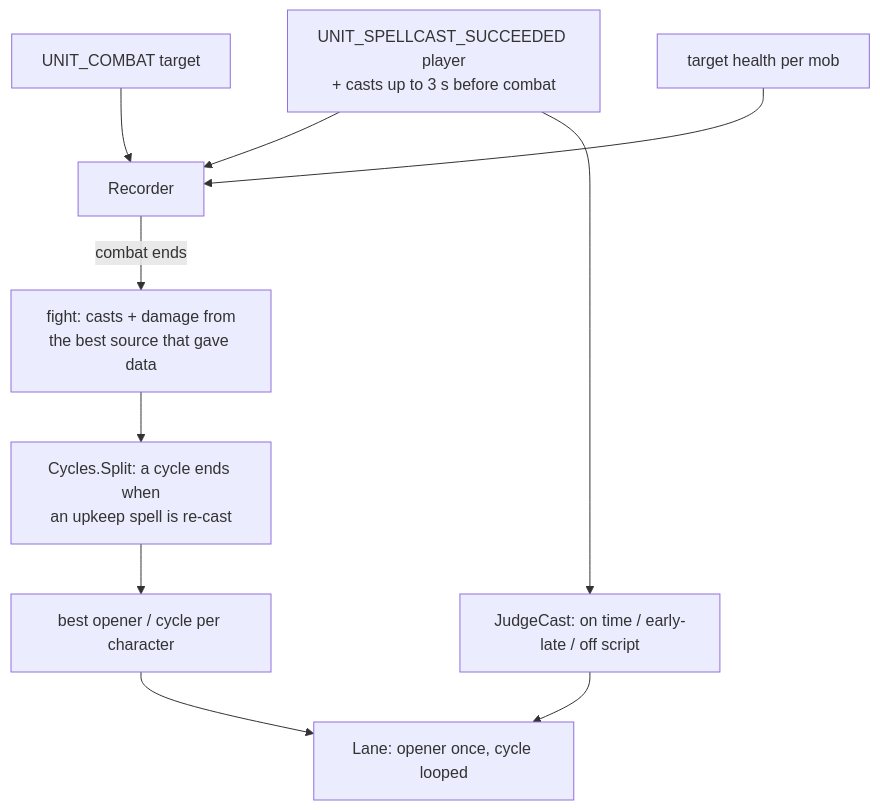
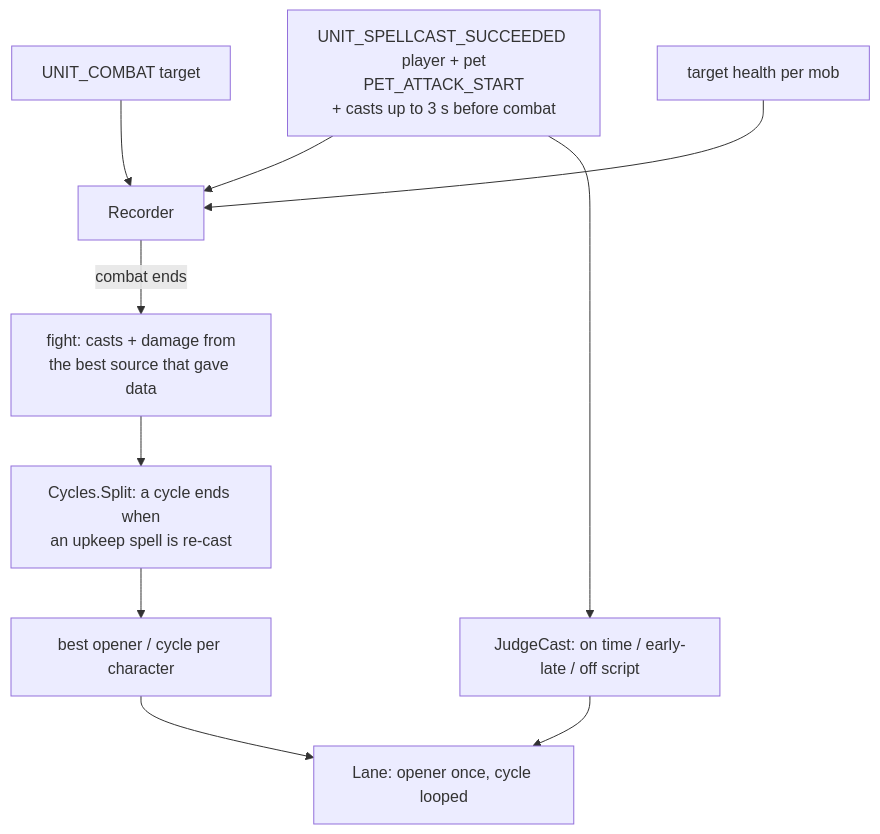
One commit to PhillypHenning/grimoire changed the second of 2 diagrams in docs/features/tempo/README.md. Above: the diagram before and after it, drawn with Mermaid. The commit also changed other lines of this file and 9 other files, not shown here.

````diff
--- a/docs/features/tempo/README.md
+++ b/docs/features/tempo/README.md
@@ -22,12 +22,12 @@
 ```mermaid
 flowchart TD
-    Casts[UNIT_SPELLCAST_SUCCEEDED player<br/>+ casts up to 3 s before combat] --> Rec[Recorder]
+    Casts[UNIT_SPELLCAST_SUCCEEDED player + pet<br/>PET_ATTACK_START<br/>+ casts up to 3 s before combat] --> Rec[Recorder]
     UC[UNIT_COMBAT target] --> Rec
     HP[target health per mob] --> Rec
     Rec -- combat ends --> Fight[fight: casts + damage from<br/>the best source that gave data]
     Fight --> Split[Cycles.Split: a cycle ends when<br/>an upkeep spell is re-cast]
     Split --> Best[best opener / cycle per character]
     Best --> Lane[Lane: opener once, cycle looped]
     Casts --> Judge[JudgeCast: on time / early-late / off script]
     Judge --> Lane
 ```
````
